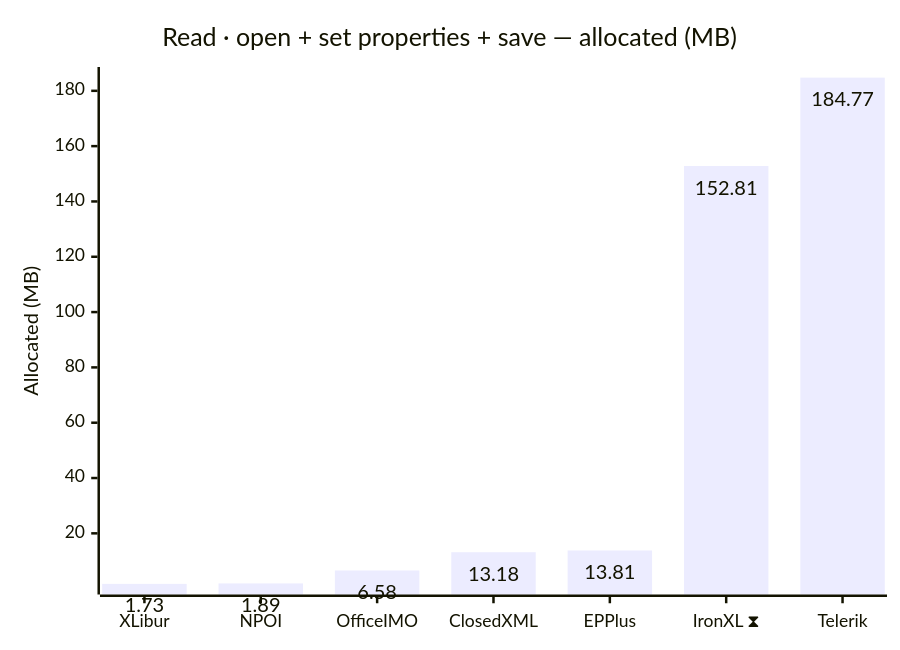
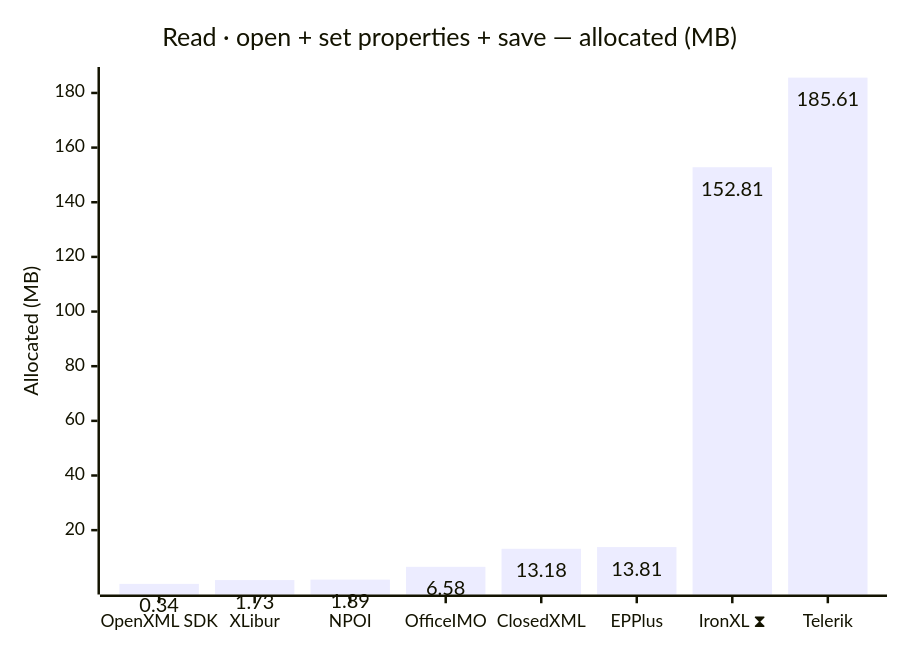
The second of 12 diagrams in docs/results.md (jafin/XLBench), drawn with Mermaid before and after one commit. The commit also changed other lines of this file and 5 other files, not shown here.

First line of the commit message:
Add OpenXML SDK to the properties round trip and pin table units (#37)

````diff
--- a/docs/results.md
+++ b/docs/results.md
@@ -55,12 +55,12 @@
 ```mermaid
 ---
 config:
   xyChart:
     showDataLabel: true
 ---
 xychart-beta
     title "Read · open + set properties + save — allocated (MB)"
-    x-axis ["XLibur", "NPOI", "OfficeIMO", "ClosedXML", "EPPlus", "IronXL ⧗", "Telerik"]
+    x-axis ["OpenXML SDK", "XLibur", "NPOI", "OfficeIMO", "ClosedXML", "EPPlus", "IronXL ⧗", "Telerik"]
     y-axis "Allocated (MB)"
-    bar [1.73, 1.89, 6.58, 13.18, 13.81, 152.81, 184.77]
+    bar [0.34, 1.73, 1.89, 6.58, 13.18, 13.81, 152.81, 185.61]
 ```
````
